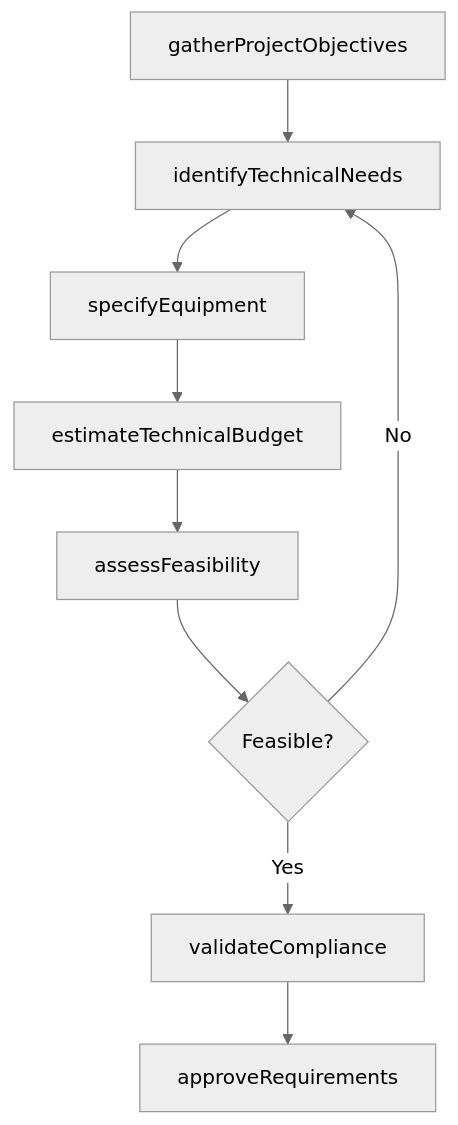
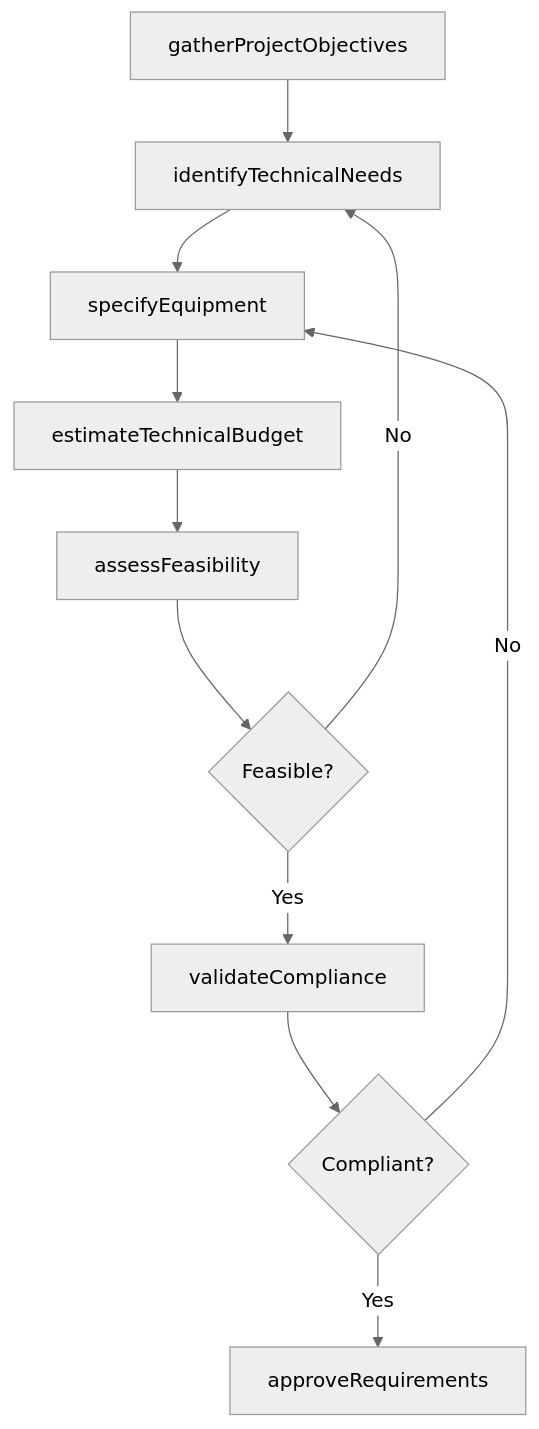
Before and after one commit to dot-org-ai/tasks.org.ai: the third of 4 diagrams in MakingDecisionsAndSolvingProblems/DetermineOperationalMethodsOrProcedures/DetermineTechnicalRequirementsProductionsProjects.mdx, drawn with Mermaid (neutral theme). The commit also changed other lines of this file and 504 other files, not shown here.

First line of the commit message:
feat: Add ER diagrams, state diagrams, and workflow improvements to 96 DWA task files

````diff
--- a/MakingDecisionsAndSolvingProblems/DetermineOperationalMethodsOrProcedures/DetermineTechnicalRequirementsProductionsProjects.mdx
+++ b/MakingDecisionsAndSolvingProblems/DetermineOperationalMethodsOrProcedures/DetermineTechnicalRequirementsProductionsProjects.mdx
@@ -86,11 +114,13 @@
 ```mermaid
 graph TD
     A[gatherProjectObjectives] --> B[identifyTechnicalNeeds]
     B --> C[specifyEquipment]
     C --> D[estimateTechnicalBudget]
     D --> E[assessFeasibility]
     E --> F{Feasible?}
     F -->|No| B
     F -->|Yes| G[validateCompliance]
-    G --> H[approveRequirements]
+    G --> H{Compliant?}
+    H -->|No| C
+    H -->|Yes| I[approveRequirements]
 ```
````
